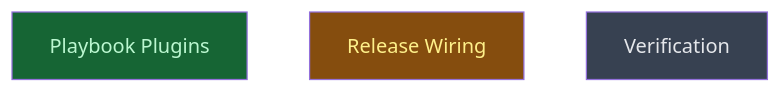
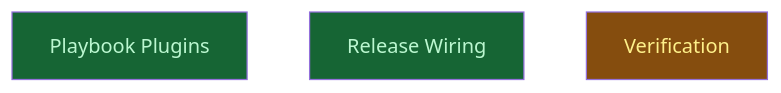
The diagram in __roadmap__/agent_plugin_nest/generator/rollout/README.md (CrackingShells/cracking-shells-playbook), drawn with Mermaid before and after one commit. The commit also changed other lines of this file, not shown here.

First paragraph of the commit message:
chore(roadmap): rollout level done, verify level open and awaiting real actions
release_wiring is done. spawning-agent-plugins now has the package.json and
.releaserc.js that make it visible to multi-semantic-release at all, which was
the question this whole campaign started from.

````diff
--- a/__roadmap__/agent_plugin_nest/generator/rollout/README.md
+++ b/__roadmap__/agent_plugin_nest/generator/rollout/README.md
@@ -23,11 +23,11 @@
 ```mermaid
 graph TD
     playbook_plugins[Playbook Plugins]:::done
-    release_wiring[Release Wiring]:::inprogress
-    verify[Verification]:::planned
+    release_wiring[Release Wiring]:::done
+    verify[Verification]:::inprogress
     classDef done       fill:#166534,color:#bbf7d0
     classDef inprogress fill:#854d0e,color:#fef08a
     classDef planned    fill:#374151,color:#e5e7eb
     classDef amendment  fill:#1e3a5f,color:#bfdbfe
     classDef blocked    fill:#7f1d1d,color:#fecaca
 ```
````
